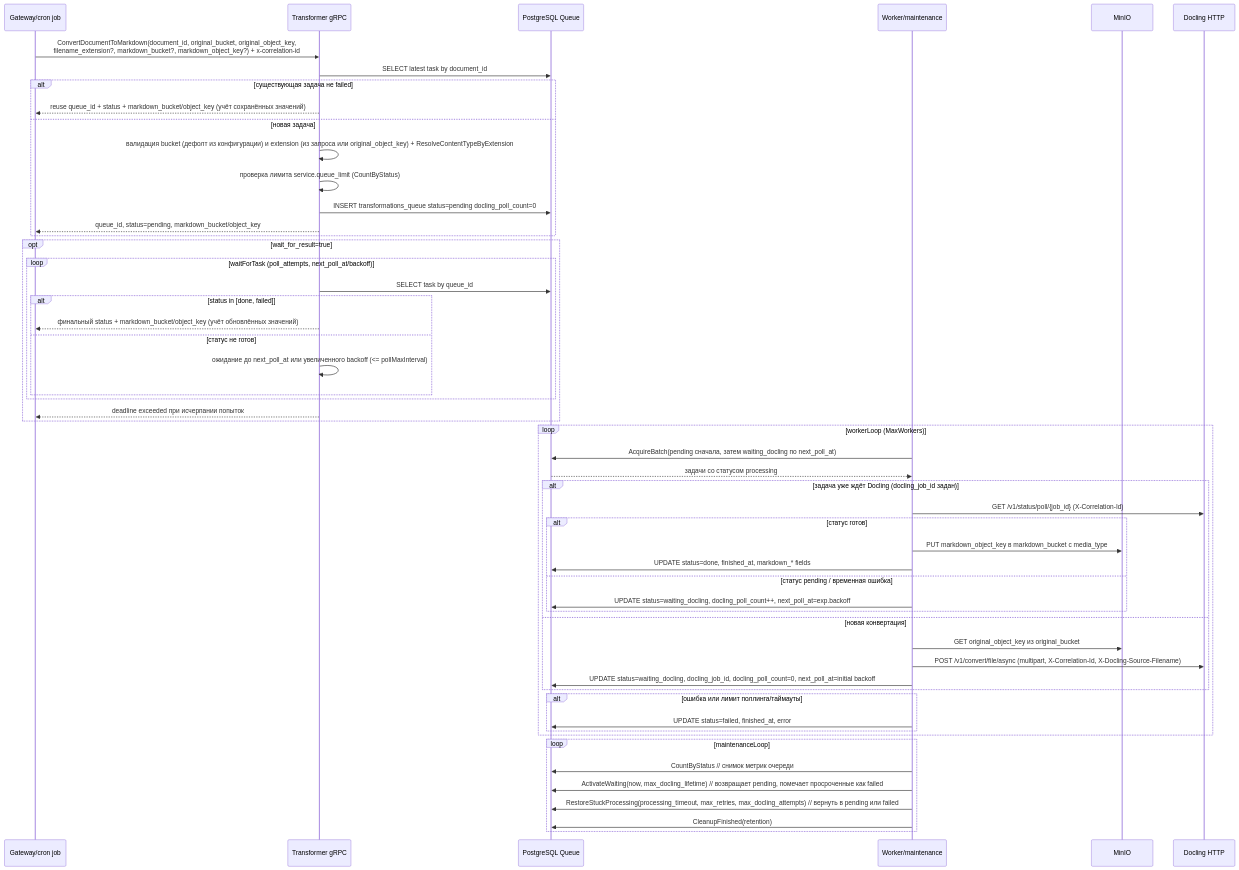
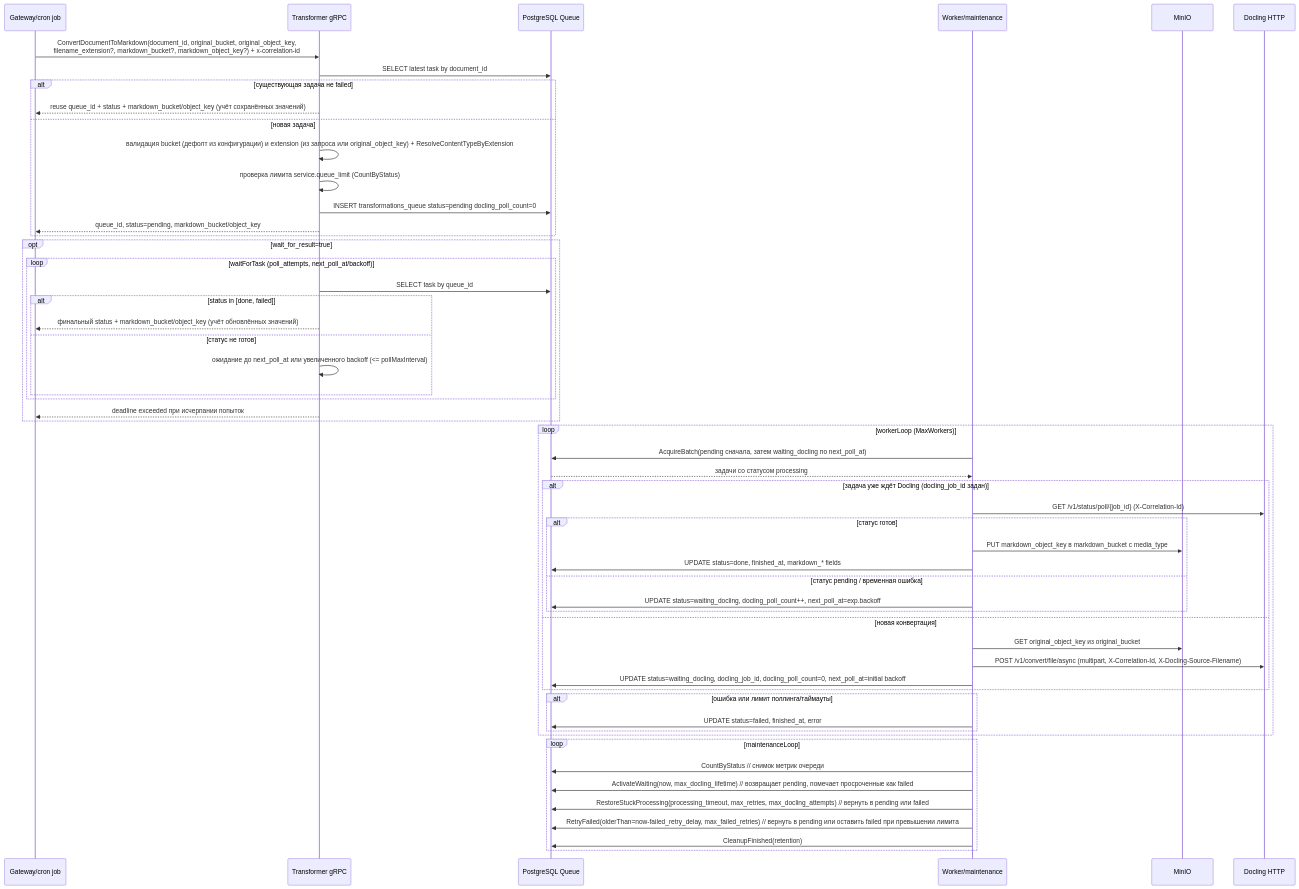
One commit to FedorovTeam/mono-repo changed the first of 2 diagrams in backend/docling-transformer-service/sequence.md. Above: the diagram before and after it, drawn with Mermaid. The commit also changed 15 other files, not shown here.

Commit message:
Add retry handling for failed queue tasks

````diff
--- a/backend/docling-transformer-service/sequence.md
+++ b/backend/docling-transformer-service/sequence.md
@@ -3,59 +3,60 @@
 ```mermaid
 sequenceDiagram
     participant GW as Gateway/cron job
     participant TR as Transformer gRPC
     participant PG as PostgreSQL Queue
     participant WK as Worker/maintenance
     participant MN as MinIO
     participant DL as Docling HTTP
 
     GW->>TR: ConvertDocumentToMarkdown(document_id, original_bucket, original_object_key,<br/>filename_extension?, markdown_bucket?, markdown_object_key?) + x-correlation-id
     TR->>PG: SELECT latest task by document_id
     alt существующая задача не failed
         TR-->>GW: reuse queue_id + status + markdown_bucket/object_key (учёт сохранённых значений)
     else новая задача
         TR->>TR: валидация bucket (дефолт из конфигурации) и extension (из запроса или original_object_key) + ResolveContentTypeByExtension
         TR->>TR: проверка лимита service.queue_limit (CountByStatus)
         TR->>PG: INSERT transformations_queue status=pending docling_poll_count=0
         TR-->>GW: queue_id, status=pending, markdown_bucket/object_key
     end
     opt wait_for_result=true
         loop waitForTask (poll_attempts, next_poll_at/backoff)
             TR->>PG: SELECT task by queue_id
             alt status in [done, failed]
                 TR-->>GW: финальный status + markdown_bucket/object_key (учёт обновлённых значений)
             else статус не готов
                 TR->>TR: ожидание до next_poll_at или увеличенного backoff (<= pollMaxInterval)
             end
         end
         TR-->>GW: deadline exceeded при исчерпании попыток
     end
 
     loop workerLoop (MaxWorkers)
         WK->>PG: AcquireBatch(pending сначала, затем waiting_docling по next_poll_at)
         PG-->>WK: задачи со статусом processing
         alt задача уже ждёт Docling (docling_job_id задан)
             WK->>DL: GET /v1/status/poll/{job_id} (X-Correlation-Id)
             alt статус готов
                 WK->>MN: PUT markdown_object_key в markdown_bucket c media_type
                 WK->>PG: UPDATE status=done, finished_at, markdown_* fields
             else статус pending / временная ошибка
                 WK->>PG: UPDATE status=waiting_docling, docling_poll_count++, next_poll_at=exp.backoff
             end
         else новая конвертация
             WK->>MN: GET original_object_key из original_bucket
             WK->>DL: POST /v1/convert/file/async (multipart, X-Correlation-Id, X-Docling-Source-Filename)
             WK->>PG: UPDATE status=waiting_docling, docling_job_id, docling_poll_count=0, next_poll_at=initial backoff
         end
         alt ошибка или лимит поллинга/таймауты
             WK->>PG: UPDATE status=failed, finished_at, error
         end
     end
 
     loop maintenanceLoop
         WK->>PG: CountByStatus // снимок метрик очереди
         WK->>PG: ActivateWaiting(now, max_docling_lifetime) // возвращает pending, помечает просроченные как failed
         WK->>PG: RestoreStuckProcessing(processing_timeout, max_retries, max_docling_attempts) // вернуть в pending или failed
+        WK->>PG: RetryFailed(olderThan=now-failed_retry_delay, max_failed_retries) // вернуть в pending или оставить failed при превышении лимита
         WK->>PG: CleanupFinished(retention)
     end
 ```
````
